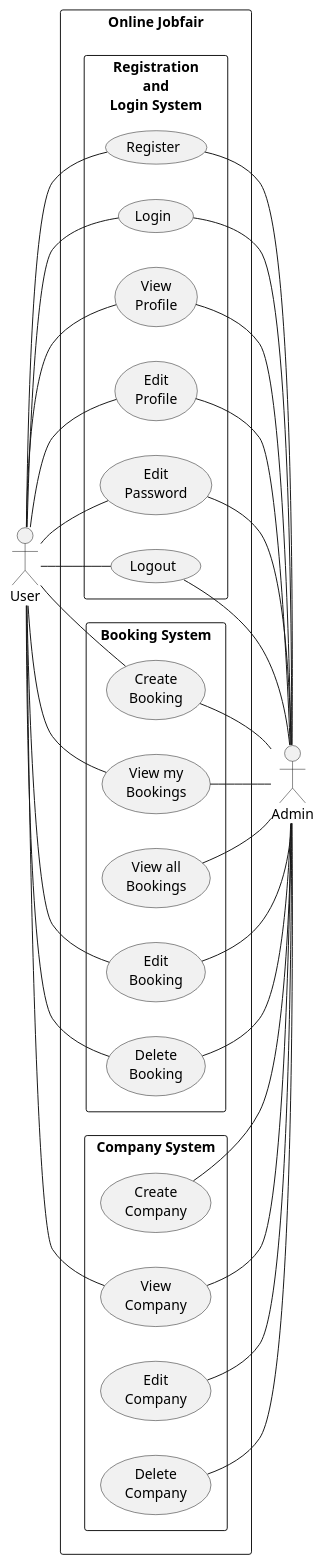
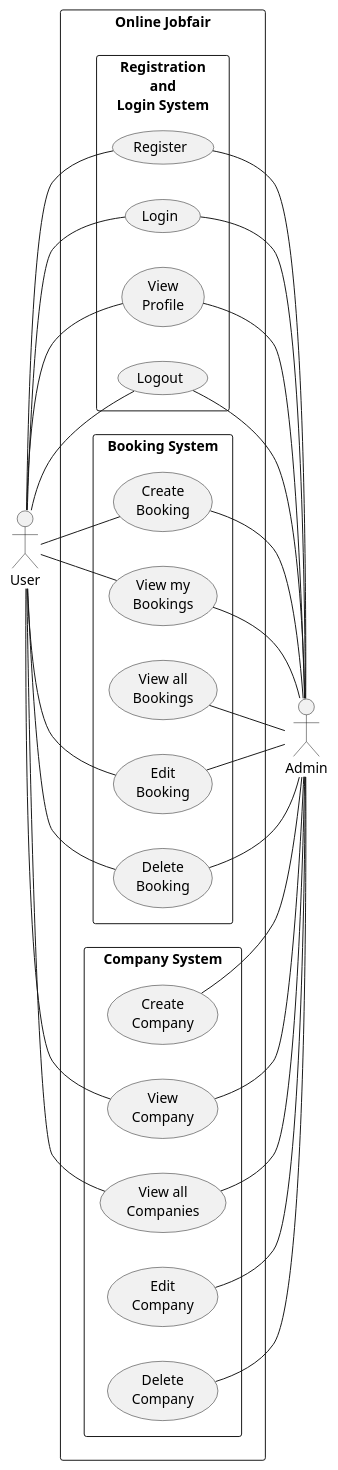
The diagram in diagrams/use_case_diagram/use_case_diagram.puml (its144prelationship-study/swdevprac-project), drawn with PlantUML before and after one commit. The commit also changed 11 other files, not shown here.

Commit message:
fix: fix use case diagram and companies sequence diagram

```diff
--- a/diagrams/use_case_diagram/use_case_diagram.puml
+++ b/diagrams/use_case_diagram/use_case_diagram.puml
@@ -1,57 +1,54 @@
 @startuml Online Jobfair Use Case Diagram
 left to right direction
 actor "User" as user
 rectangle "Online Jobfair" as jobfair {
     rectangle "Registration\nand\nLogin System" as registration {
         usecase "Register" as register
         usecase "Login" as login
         usecase "View\nProfile" as viewProfile
-        usecase "Edit\nProfile" as editProfile
-        usecase "Edit\nPassword" as editPassword
         usecase "Logout" as logout
     }
     rectangle "Booking System" as booking {
         usecase "Create\nBooking" as createBooking
         usecase "View my\nBookings" as viewMyBookings
         usecase "View all\nBookings" as viewAllBookings
         usecase "Edit\nBooking" as editBooking
         usecase "Delete\nBooking" as deleteBooking
     }
     rectangle "Company System" as company {
         usecase "Create\nCompany" as createCompany
         usecase "View\nCompany" as viewCompany
+        usecase "View all\nCompanies" as viewAllCompanies
         usecase "Edit\nCompany" as editCompany
         usecase "Delete\nCompany" as deleteCompany
     }
 }
 actor "Admin" as admin
 
 user -- register
 user -- login
 user -- viewProfile
-user -- editProfile
-user -- editPassword
 user -- logout
 user -- createBooking
 user -- viewMyBookings
 user -- editBooking
 user -- deleteBooking
 user -- viewCompany
+user -- viewAllCompanies
 
 register -- admin
 login -- admin
 viewProfile -- admin
-editProfile -- admin
-editPassword -- admin
 logout -- admin
 createBooking -- admin
 viewMyBookings -- admin
 viewAllBookings -- admin
 editBooking -- admin
 deleteBooking -- admin
 createCompany -- admin
 viewCompany -- admin
+viewAllCompanies -- admin
 editCompany -- admin
 deleteCompany -- admin
 
 @enduml
```
